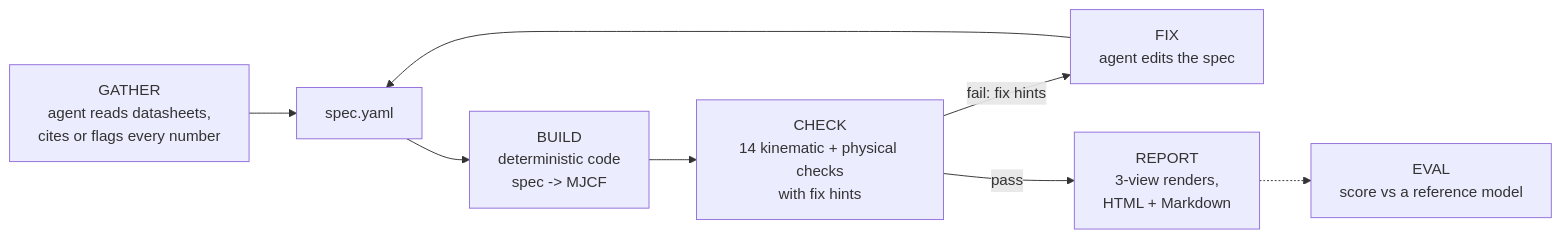
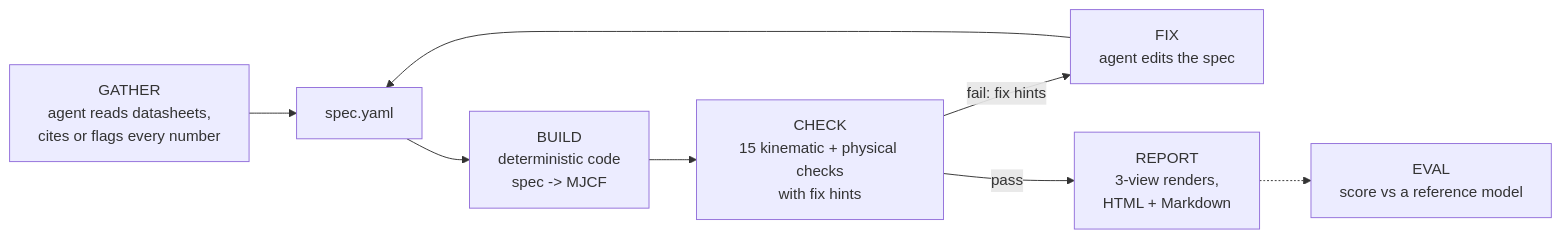
The diagram in README.md (c-cheng10/sim-anything), drawn with Mermaid before and after one commit. The commit also changed other lines of this file and 9 other files, not shown here.

````diff
--- a/README.md
+++ b/README.md
@@ -20,10 +20,10 @@
 ```mermaid
 flowchart LR
     A["GATHER<br/>agent reads datasheets,<br/>cites or flags every number"] --> S[spec.yaml]
     S --> B["BUILD<br/>deterministic code<br/>spec -> MJCF"]
-    B --> C["CHECK<br/>14 kinematic + physical checks<br/>with fix hints"]
+    B --> C["CHECK<br/>15 kinematic + physical checks<br/>with fix hints"]
     C -- "fail: fix hints" --> F["FIX<br/>agent edits the spec"]
     F --> S
     C -- pass --> R["REPORT<br/>3-view renders,<br/>HTML + Markdown"]
     R -.-> E["EVAL<br/>score vs a reference model"]
 ```
````
